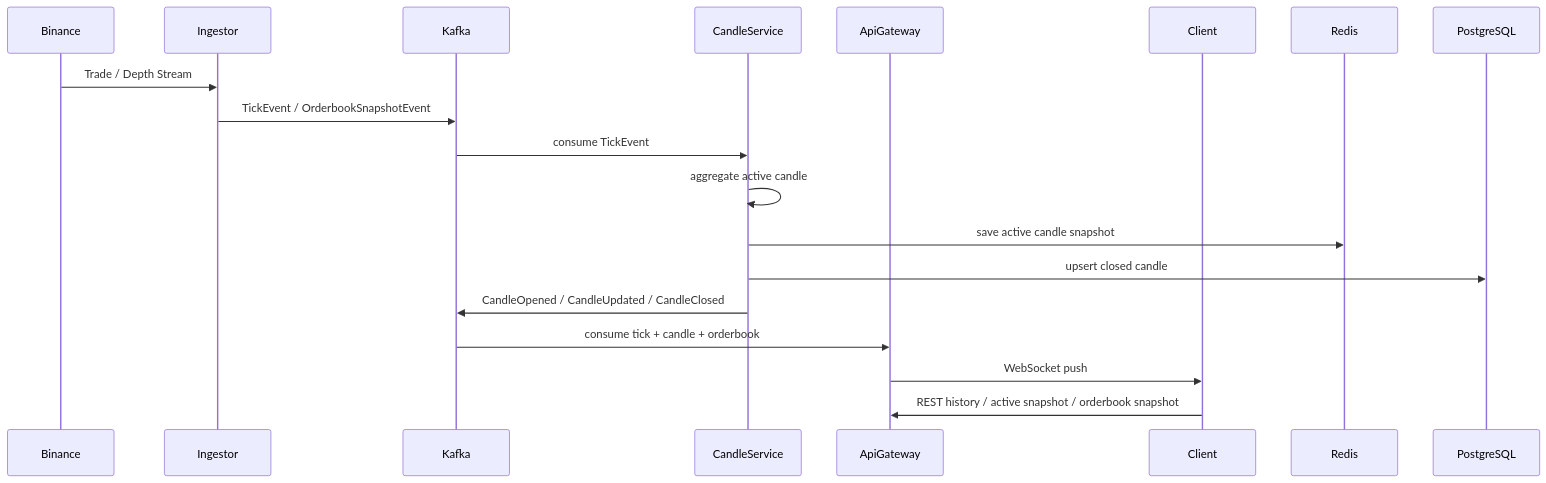
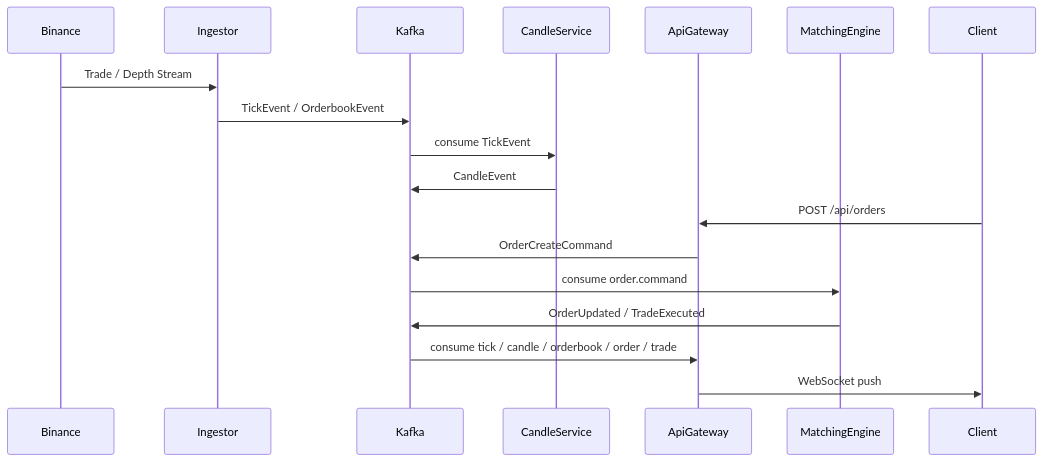
The second of 2 diagrams in README.md (jhpark0418/mini-crypto-wts), drawn with Mermaid before and after one commit. The commit also changed other lines of this file and 28 other files, not shown here.

````diff
--- a/README.md
+++ b/README.md
@@ -67,23 +72,25 @@
 ```mermaid
 sequenceDiagram
 
 participant Binance
 participant Ingestor
 participant Kafka
 participant CandleService
 participant ApiGateway
+participant MatchingEngine
 participant Client
 
 Binance->>Ingestor: Trade / Depth Stream
-Ingestor->>Kafka: TickEvent / OrderbookSnapshotEvent
+Ingestor->>Kafka: TickEvent / OrderbookEvent
 
 Kafka->>CandleService: consume TickEvent
-CandleService->>CandleService: aggregate active candle
-CandleService->>Redis: save active candle snapshot
-CandleService->>PostgreSQL: upsert closed candle
-CandleService->>Kafka: CandleOpened / CandleUpdated / CandleClosed
+CandleService->>Kafka: CandleEvent
 
-Kafka->>ApiGateway: consume tick + candle + orderbook
+Client->>ApiGateway: POST /api/orders
+ApiGateway->>Kafka: OrderCreateCommand
+Kafka->>MatchingEngine: consume order.command
+MatchingEngine->>Kafka: OrderUpdated / TradeExecuted
+
+Kafka->>ApiGateway: consume tick / candle / orderbook / order / trade
 ApiGateway->>Client: WebSocket push
-Client->>ApiGateway: REST history / active snapshot / orderbook snapshot
 ```
````
